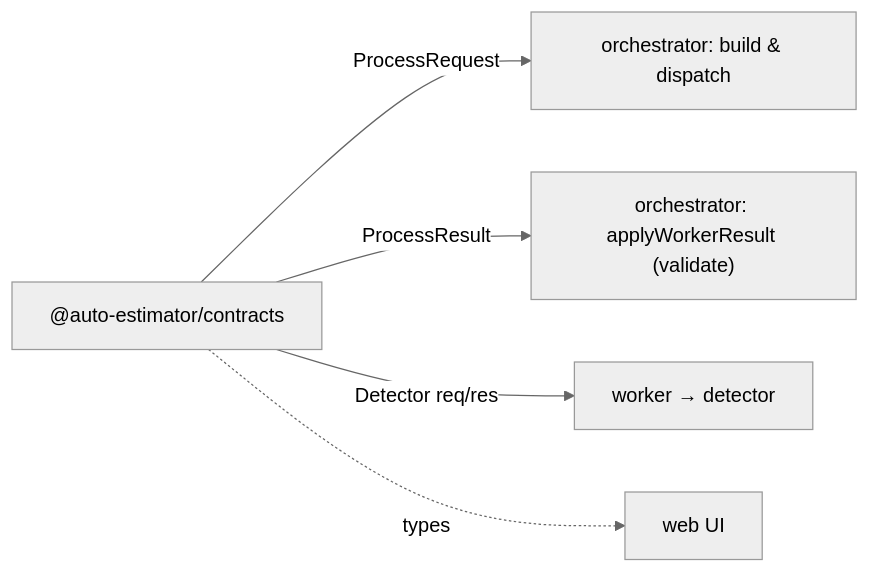
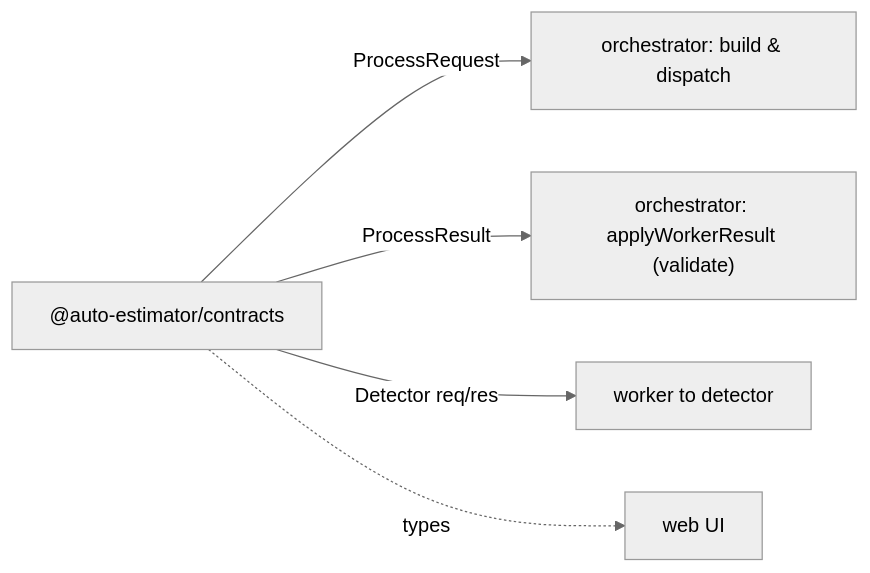
Before and after one commit to cubito1080/orcherstrator_wholeFoods: the first of 2 diagrams in docs/CONTRACTS.md, drawn with Mermaid (neutral theme). The commit also changed other lines of this file and 9 other files, not shown here.

````diff
--- a/docs/CONTRACTS.md
+++ b/docs/CONTRACTS.md
@@ -25,8 +25,8 @@
 ```mermaid
 flowchart LR
     contracts["@auto-estimator/contracts"]
     contracts -->|ProcessRequest| dispatch["orchestrator: build & dispatch"]
     contracts -->|ProcessResult| ingest["orchestrator: applyWorkerResult (validate)"]
-    contracts -->|Detector req/res| worker["worker → detector"]
+    contracts -->|Detector req/res| worker["worker to detector"]
     contracts -.->|types| web["web UI"]
 ```
````
